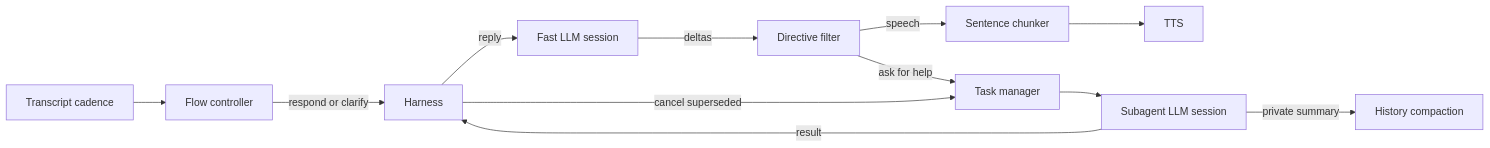
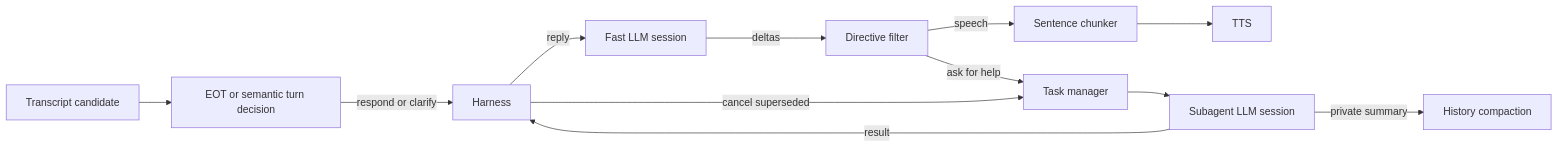
The second of 2 diagrams in acceleration/README.md (GetStream/Vision-Agents), drawn with Mermaid before and after one commit. The commit also changed other lines of this file and 2 other files, not shown here.

Commit message:
Document hosted EOT defaults and example adoption

````diff
--- a/acceleration/README.md
+++ b/acceleration/README.md
@@ -725,13 +747,13 @@
 ```mermaid
 flowchart LR
-  stt["Transcript cadence"] --> controller["Flow controller"]
+  stt["Transcript candidate"] --> controller["EOT or semantic turn decision"]
   controller -->|"respond or clarify"| h["Harness"]
   h -->|"reply"| fast["Fast LLM session"]
   fast -->|"deltas"| filter["Directive filter"]
   filter -->|"speech"| chunker["Sentence chunker"] --> tts["TTS"]
   filter -->|"ask for help"| tasks["Task manager"]
   tasks --> sub["Subagent LLM session"]
   sub -->|"result"| h
   h -->|"cancel superseded"| tasks
   sub -->|"private summary"| compact["History compaction"]
 ```
````
